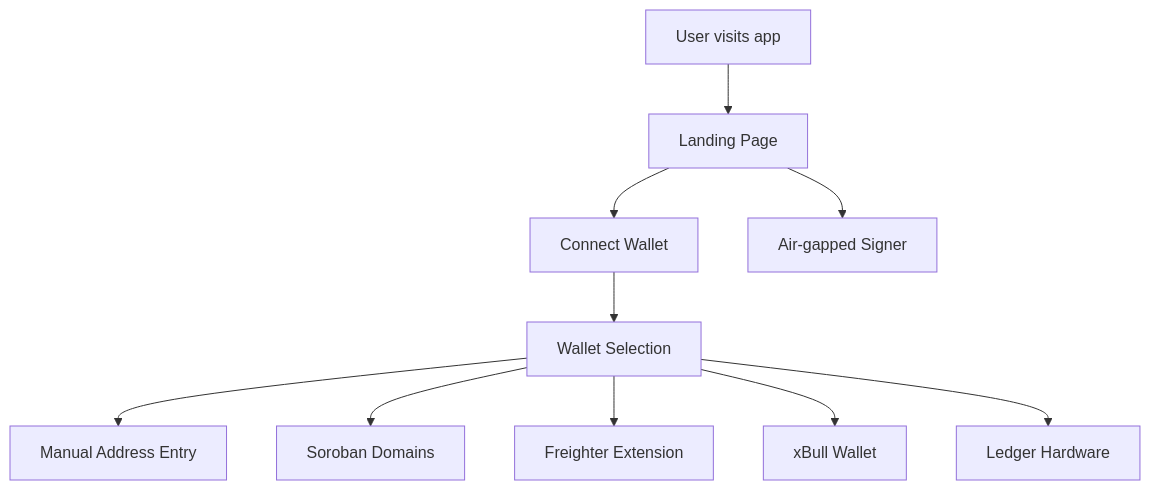
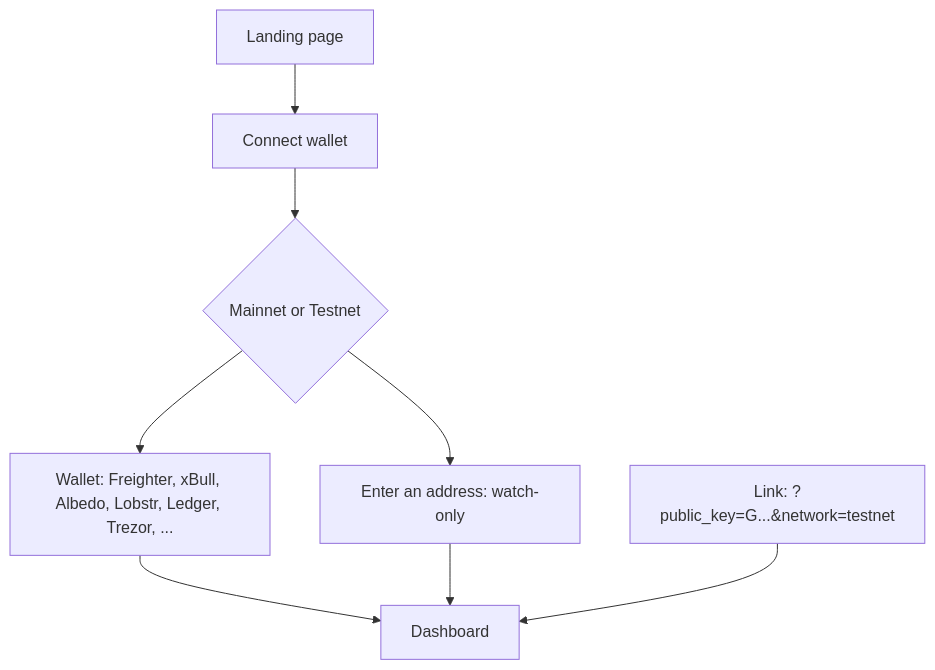
One commit to tupui/stellar-stratum changed the first of 3 diagrams in USER_FLOWS.md. Above: the diagram before and after it, drawn with Mermaid. The commit also changed other lines of this file and 106 other files, not shown here.

````diff
--- a/USER_FLOWS.md
+++ b/USER_FLOWS.md
@@ -9,12 +8,10 @@
 ```mermaid
 flowchart TD
-  Start[User visits app] --> Landing[Landing Page]
-  Landing --> Connect[Connect Wallet]
-  Landing --> Airgap[Air-gapped Signer]
-  Connect --> Wallet[Wallet Selection]
-  Wallet --> Manual[Manual Address Entry]
-  Wallet --> Domain[Soroban Domains]
-  Wallet --> Freighter[Freighter Extension]
-  Wallet --> xBull[xBull Wallet]
-  Wallet --> Ledger[Ledger Hardware]
+  Landing[Landing page] --> Connect[Connect wallet]
+  Connect --> Network{Mainnet or Testnet}
+  Network --> Wallet[Wallet: Freighter, xBull, Albedo, Lobstr, Ledger, Trezor, ...]
+  Network --> Manual[Enter an address: watch-only]
+  Wallet --> Dashboard
+  Manual --> Dashboard
+  Link["Link: ?public_key=G...&network=testnet"] --> Dashboard
 ```
````
